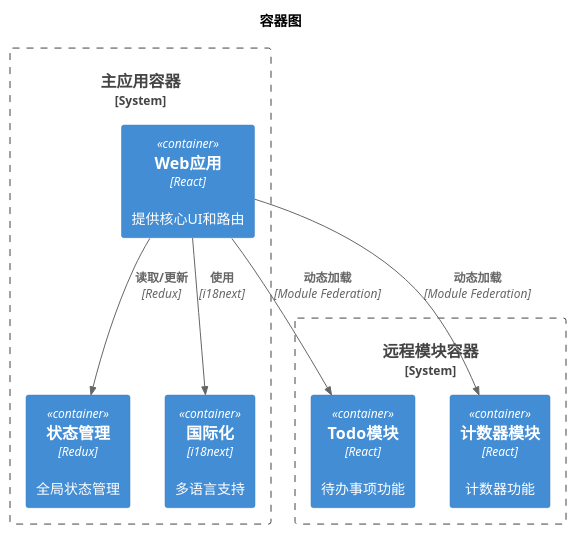
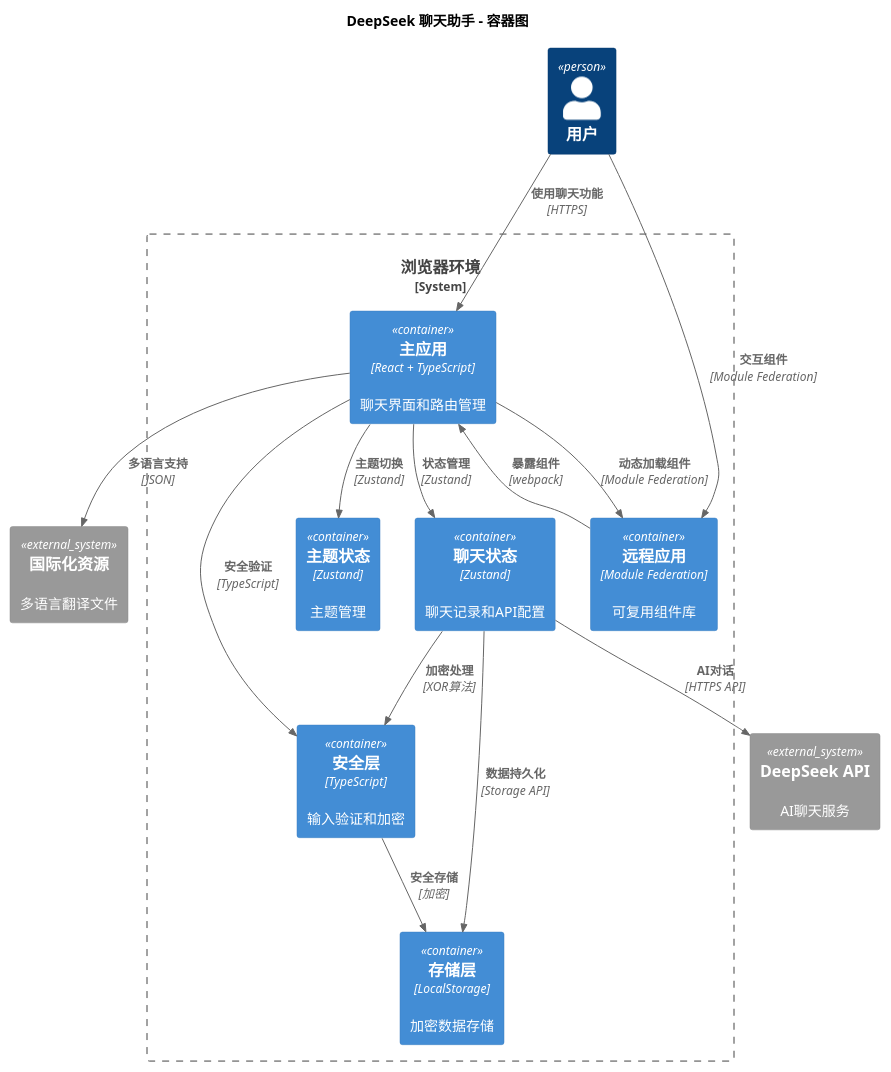
Before and after one commit to felixzhu97/micro-frontend-project: the diagram in docs/architecture/c4_container.puml, drawn with PlantUML. The commit also changed 4 other files, not shown here.

```diff
--- a/docs/architecture/c4_container.puml
+++ b/docs/architecture/c4_container.puml
@@ -1,21 +1,40 @@
 @startuml
 !include https://raw.githubusercontent.com/plantuml-stdlib/C4-PlantUML/master/C4_Container.puml
 
-title 容器图
+title DeepSeek 聊天助手 - 容器图
 
-System_Boundary(host_app, "主应用容器") {
-    Container(web, "Web应用", "React", "提供核心UI和路由")
-    Container(store, "状态管理", "Redux", "全局状态管理") 
-    Container(i18n, "国际化", "i18next", "多语言支持")
+Person(user, "用户")
+
+System_Boundary(browser, "浏览器环境") {
+    Container(host_app, "主应用", "React + TypeScript", "聊天界面和路由管理")
+    Container(remote_app, "远程应用", "Module Federation", "可复用组件库")
+    
+    Container(chat_store, "聊天状态", "Zustand", "聊天记录和API配置")
+    Container(theme_store, "主题状态", "Zustand", "主题管理")
+    
+    Container(security_layer, "安全层", "TypeScript", "输入验证和加密")
+    Container(storage_layer, "存储层", "LocalStorage", "加密数据存储")
 }
 
-System_Boundary(remote_module, "远程模块容器") {
-    Container(todo, "Todo模块", "React", "待办事项功能")
-    Container(counter, "计数器模块", "React", "计数器功能")
-}
+System_Ext(deepseek_api, "DeepSeek API", "AI聊天服务")
+System_Ext(i18n_files, "国际化资源", "多语言翻译文件")
 
-Rel(web, store, "读取/更新", "Redux")
-Rel(web, i18n, "使用", "i18next")
-Rel(web, todo, "动态加载", "Module Federation")
-Rel(web, counter, "动态加载", "Module Federation")
+Rel(user, host_app, "使用聊天功能", "HTTPS")
+Rel(user, remote_app, "交互组件", "Module Federation")
+
+Rel(host_app, remote_app, "动态加载组件", "Module Federation")
+Rel(remote_app, host_app, "暴露组件", "webpack")
+
+Rel(host_app, chat_store, "状态管理", "Zustand")
+Rel(host_app, theme_store, "主题切换", "Zustand")
+
+Rel(host_app, security_layer, "安全验证", "TypeScript")
+Rel(chat_store, security_layer, "加密处理", "XOR算法")
+
+Rel(security_layer, storage_layer, "安全存储", "加密")
+Rel(chat_store, storage_layer, "数据持久化", "Storage API")
+
+Rel(chat_store, deepseek_api, "AI对话", "HTTPS API")
+Rel(host_app, i18n_files, "多语言支持", "JSON")
+
 @enduml
```
